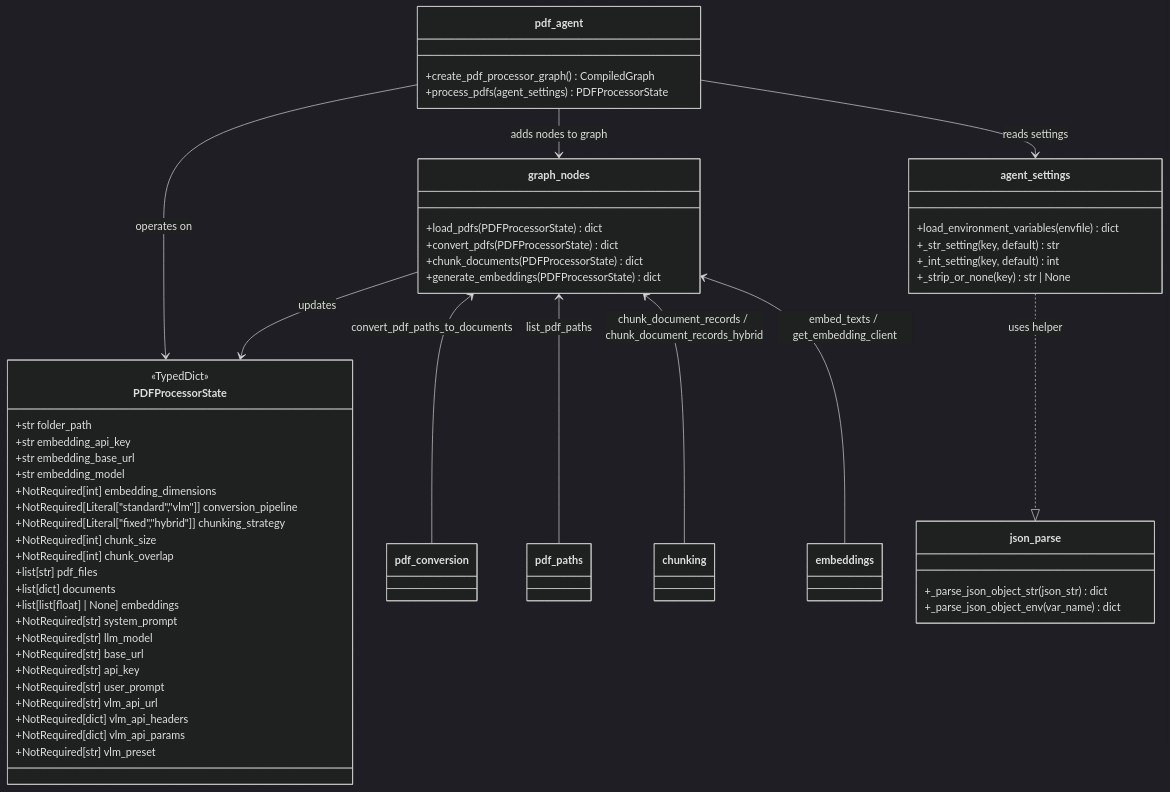
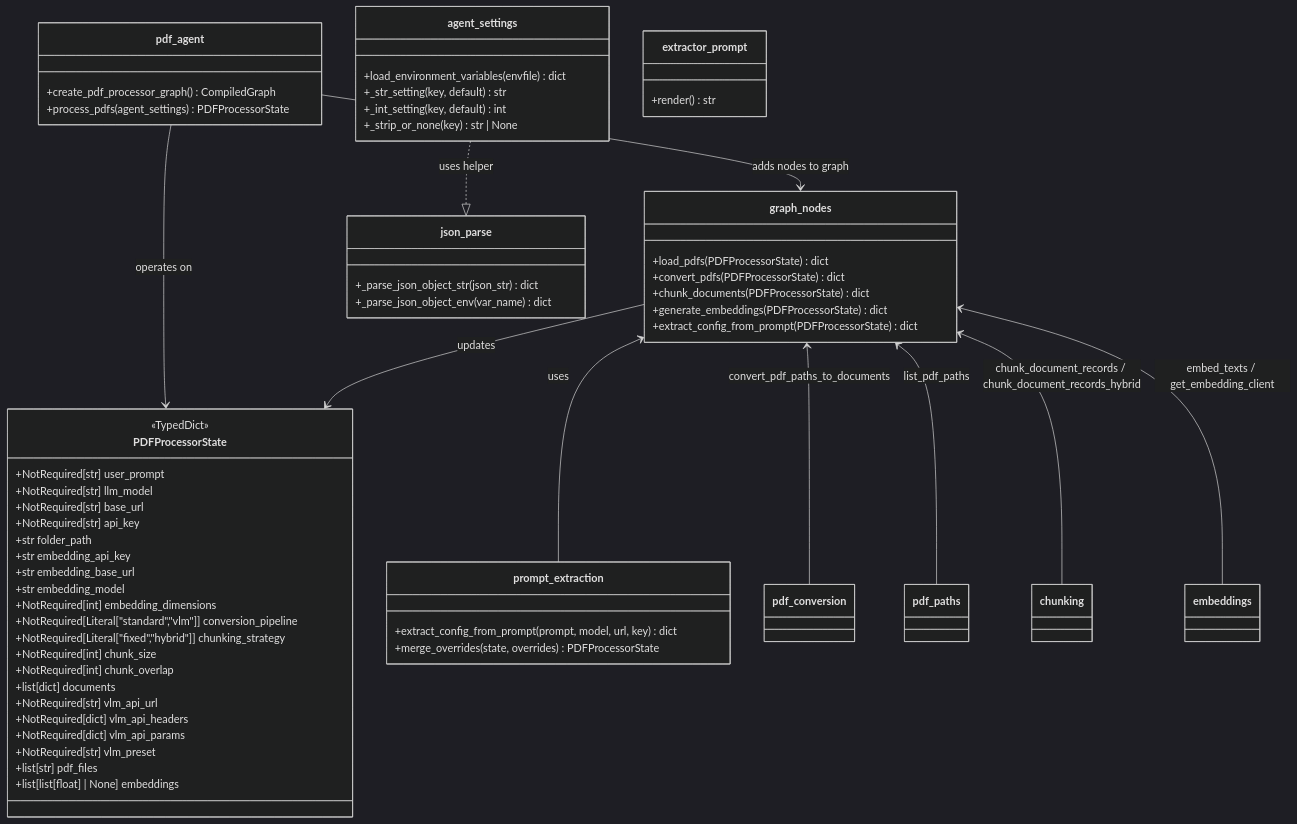
One commit to mcaimi/docling-agent changed the second of 2 diagrams in README.md. Above: the diagram before and after it, drawn with Mermaid (dark theme). The commit also changed other lines of this file and 1 other file, not shown here.

````diff
--- a/README.md
+++ b/README.md
@@ -89,61 +92,70 @@
 ```mermaid
 classDiagram
     class PDFProcessorState {
         <<TypedDict>>
+        +NotRequired[str] user_prompt
+        +NotRequired[str] llm_model
+        +NotRequired[str] base_url
+        +NotRequired[str] api_key
         +str folder_path
         +str embedding_api_key
         +str embedding_base_url
         +str embedding_model
         +NotRequired[int] embedding_dimensions
         +NotRequired[Literal["standard","vlm"]] conversion_pipeline
         +NotRequired[Literal["fixed","hybrid"]] chunking_strategy
         +NotRequired[int] chunk_size
         +NotRequired[int] chunk_overlap
-        +list[str] pdf_files
         +list[dict] documents
-        +list[list[float] | None] embeddings
-        +NotRequired[str] system_prompt
-        +NotRequired[str] llm_model
-        +NotRequired[str] base_url
-        +NotRequired[str] api_key
-        +NotRequired[str] user_prompt
         +NotRequired[str] vlm_api_url
         +NotRequired[dict] vlm_api_headers
         +NotRequired[dict] vlm_api_params
         +NotRequired[str] vlm_preset
+        +list[str] pdf_files
+        +list[list[float] | None] embeddings
     }
 
     class pdf_agent {
         +create_pdf_processor_graph() CompiledGraph
         +process_pdfs(agent_settings) PDFProcessorState
     }
 
     class graph_nodes {
         +load_pdfs(PDFProcessorState) dict
         +convert_pdfs(PDFProcessorState) dict
         +chunk_documents(PDFProcessorState) dict
         +generate_embeddings(PDFProcessorState) dict
+        +extract_config_from_prompt(PDFProcessorState) dict
     }
 
     class agent_settings {
         +load_environment_variables(envfile) dict
         +_str_setting(key, default) str
         +_int_setting(key, default) int
         +_strip_or_none(key) str | None
+    }
+
+    class prompt_extraction {
+        +extract_config_from_prompt(prompt, model, url, key) dict
+        +merge_overrides(state, overrides) PDFProcessorState
+    }
+
+    class extractor_prompt {
+    +render() str
     }
 
     class json_parse {
         +_parse_json_object_str(json_str) dict
         +_parse_json_object_env(var_name) dict
     }
 
     pdf_agent --> graph_nodes : adds nodes to graph
     pdf_agent --> PDFProcessorState : operates on
     graph_nodes --> PDFProcessorState : updates
-    pdf_agent --> agent_settings : reads settings
+    graph_nodes <-- prompt_extraction : uses
     agent_settings ..|> json_parse : uses helper
     graph_nodes <-- pdf_conversion : convert_pdf_paths_to_documents
     graph_nodes <-- pdf_paths : list_pdf_paths
     graph_nodes <-- chunking : chunk_document_records / chunk_document_records_hybrid
     graph_nodes <-- embeddings : embed_texts / get_embedding_client
 ```
````
